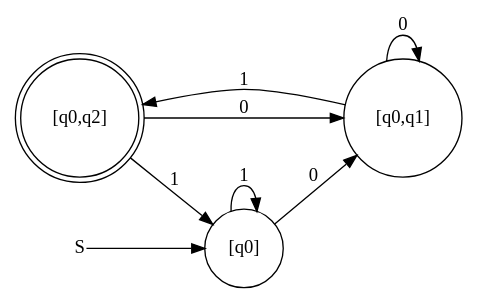
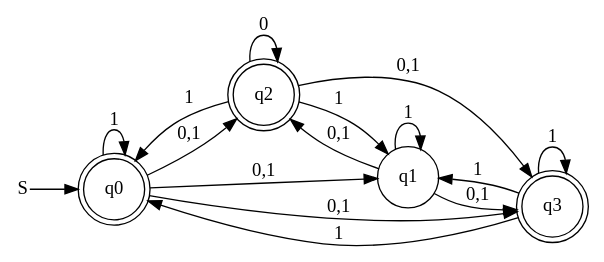
The diagram in out.dot (Goodhao/automaton), drawn with Graphviz before and after one commit. The commit also changed 10 other files, not shown here.

```diff
--- a/out.dot
+++ b/out.dot
@@ -1,15 +1,23 @@
 digraph cinite_state_machine {
 rankdir=LR;
 size="50,50"
-node [shape = doublecircle]; "[q0,q2]" ;
-node [shape = circle]; "[q0]";
+node [shape = doublecircle]; q0 q2 q3 ;
+node [shape = circle]; q0;
 node [shape = plain]; "S";
-"S" -> "[q0]";
+"S" -> q0;
 node [shape = circle];
-"[q0]" -> "[q0]" [label = "1"];
-"[q0]" -> "[q0,q1]" [label = "0"];
-"[q0,q1]" -> "[q0,q1]" [label = "0"];
-"[q0,q1]" -> "[q0,q2]" [label = "1"];
-"[q0,q2]" -> "[q0]" [label = "1"];
-"[q0,q2]" -> "[q0,q1]" [label = "0"];
+q0 -> q0 [label = "1"];
+q0 -> q1 [label = "0,1"];
+q0 -> q2 [label = "0,1"];
+q0 -> q3 [label = "0,1"];
+q1 -> q1 [label = "1"];
+q1 -> q2 [label = "0,1"];
+q1 -> q3 [label = "0,1"];
+q2 -> q0 [label = "1"];
+q2 -> q1 [label = "1"];
+q2 -> q2 [label = "0"];
+q2 -> q3 [label = "0,1"];
+q3 -> q0 [label = "1"];
+q3 -> q1 [label = "1"];
+q3 -> q3 [label = "1"];
 }
```
